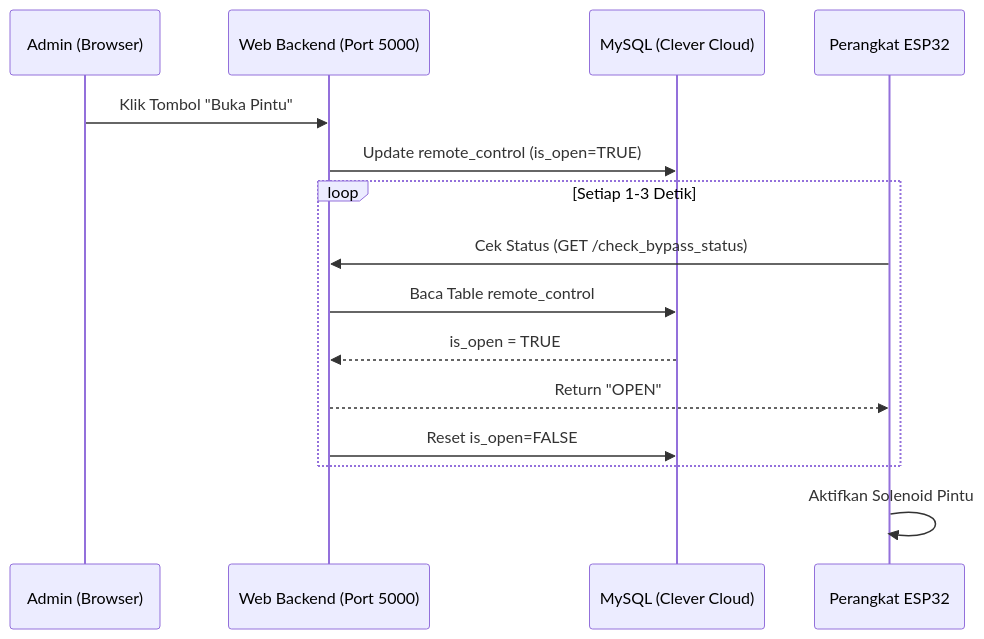
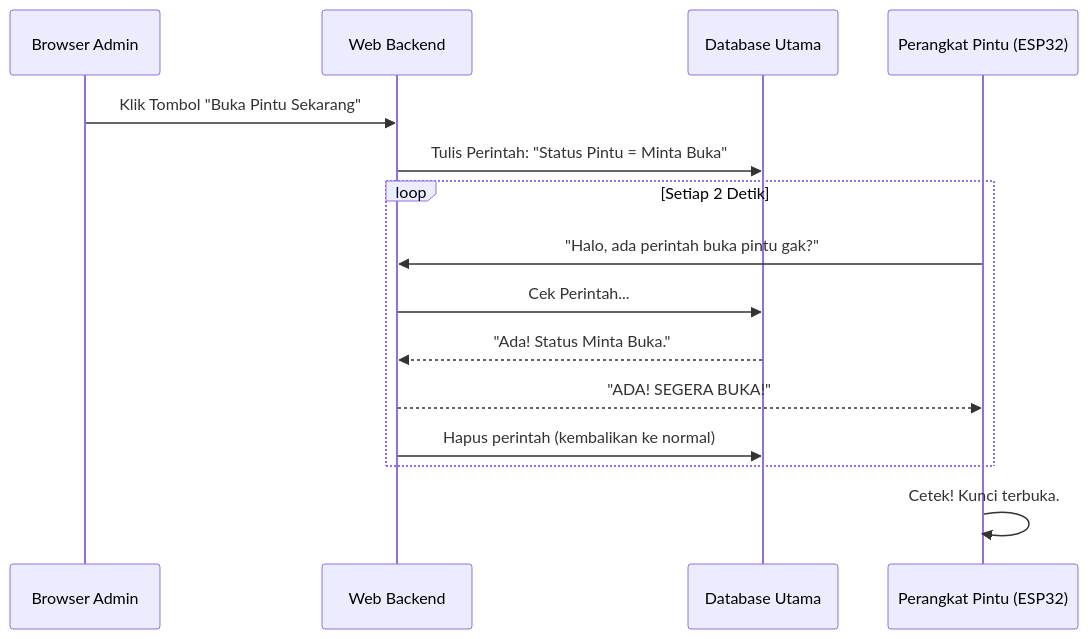
The third of 3 diagrams in README.md (IAMYANTO/web-skripsi), drawn with Mermaid before and after one commit. The commit also changed other lines of this file, not shown here.

Commit message:
docs: update readme with simple flowcharts and latest architecture

````diff
--- a/README.md
+++ b/README.md
@@ -93,18 +84,20 @@
 ```mermaid
 sequenceDiagram
-    participant AD as Admin (Browser)
-    participant APP as Web Backend (Port 5000)
-    participant DB as MySQL (Clever Cloud)
-    participant HW as Perangkat ESP32
+    participant Admin as Browser Admin
+    participant Web as Web Backend
+    participant DB as Database Utama
+    participant Pintu as Perangkat Pintu (ESP32)
 
-    AD->>APP: Klik Tombol "Buka Pintu"
-    APP->>DB: Update remote_control (is_open=TRUE)
-    loop Setiap 1-3 Detik
-        HW->>APP: Cek Status (GET /check_bypass_status)
-        APP->>DB: Baca Table remote_control
-        DB-->>APP: is_open = TRUE
-        APP-->>HW: Return "OPEN"
-        APP->>DB: Reset is_open=FALSE
+    Admin->>Web: Klik Tombol "Buka Pintu Sekarang"
+    Web->>DB: Tulis Perintah: "Status Pintu = Minta Buka"
+    
+    loop Setiap 2 Detik
+        Pintu->>Web: "Halo, ada perintah buka pintu gak?"
+        Web->>DB: Cek Perintah...
+        DB-->>Web: "Ada! Status Minta Buka."
+        Web-->>Pintu: "ADA! SEGERA BUKA!"
+        Web->>DB: Hapus perintah (kembalikan ke normal)
     end
-    HW->>HW: Aktifkan Solenoid Pintu
+    
+    Pintu->>Pintu: Cetek! Kunci terbuka.
 ```
````
